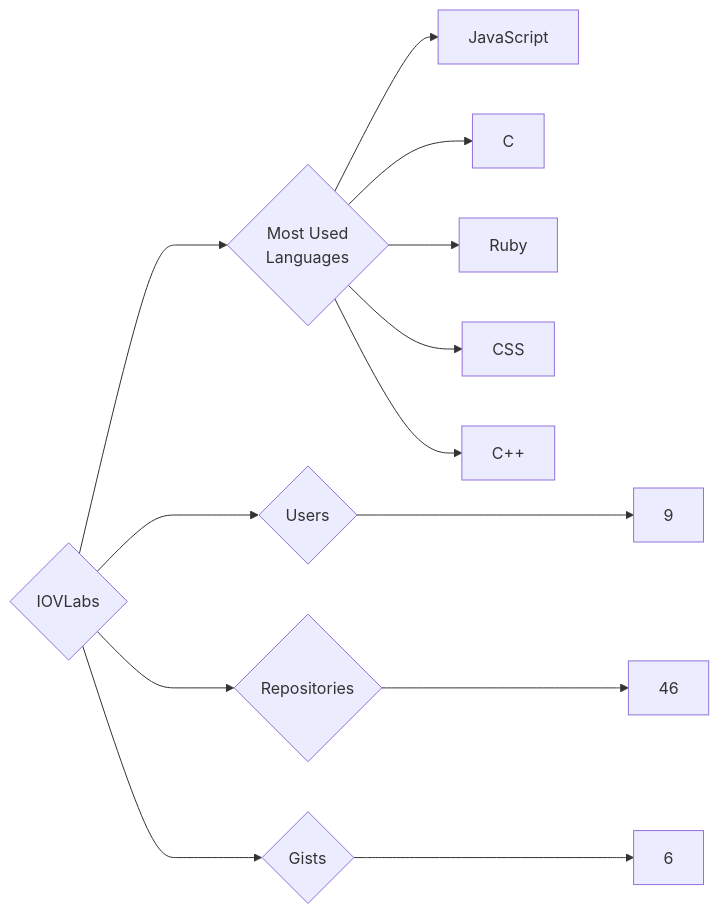
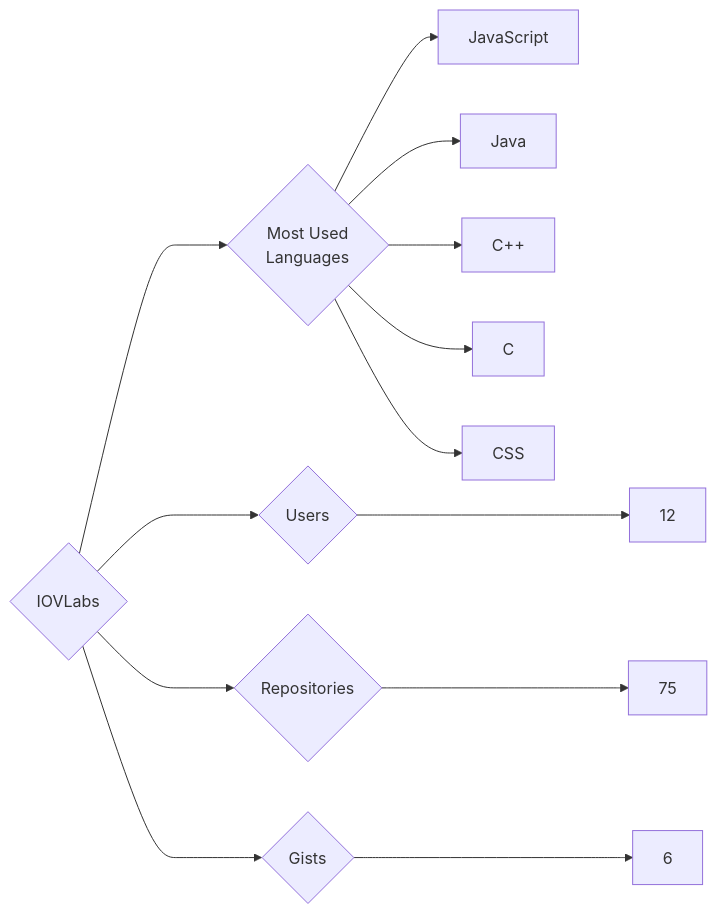
One commit to trickest/insiders changed the diagram in targets/IOVLabs/README.md. Above: the diagram before and after it, drawn with Mermaid. The commit also changed 815 other files, not shown here.

````diff
--- a/targets/IOVLabs/README.md
+++ b/targets/IOVLabs/README.md
@@ -3,13 +3,13 @@
 ```mermaid
 graph LR
 COMPANY_NAME{IOVLabs}
-COMPANY_NAME ---> U{Users} ---> UN[9]
-COMPANY_NAME ---> R{Repositories} ---> RN[46]
+COMPANY_NAME ---> U{Users} ---> UN[12]
+COMPANY_NAME ---> R{Repositories} ---> RN[75]
 COMPANY_NAME ---> G{Gists} ---> GN[6]
 COMPANY_NAME ---> ML{Most Used<br>Languages}
 ML --> JavaScript[JavaScript]
+ML --> Java[Java]
+ML --> C++[C++]
 ML --> C[C]
-ML --> Ruby[Ruby]
 ML --> CSS[CSS]
-ML --> C++[C++]
 ```
````
